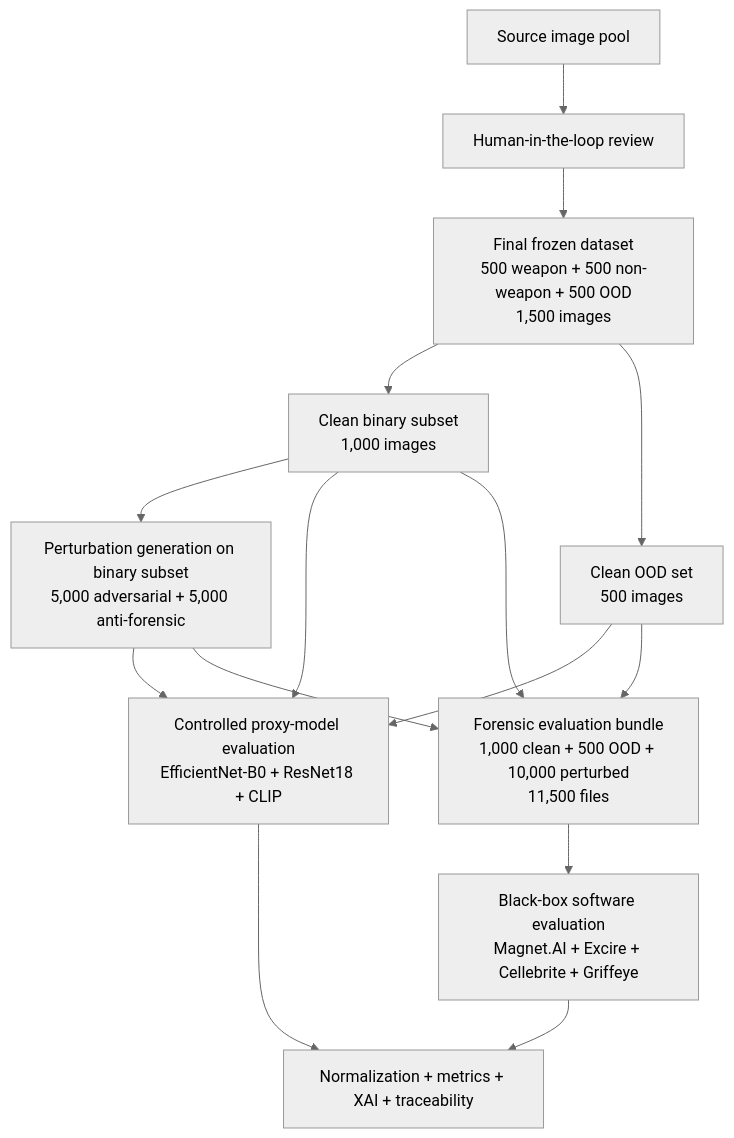
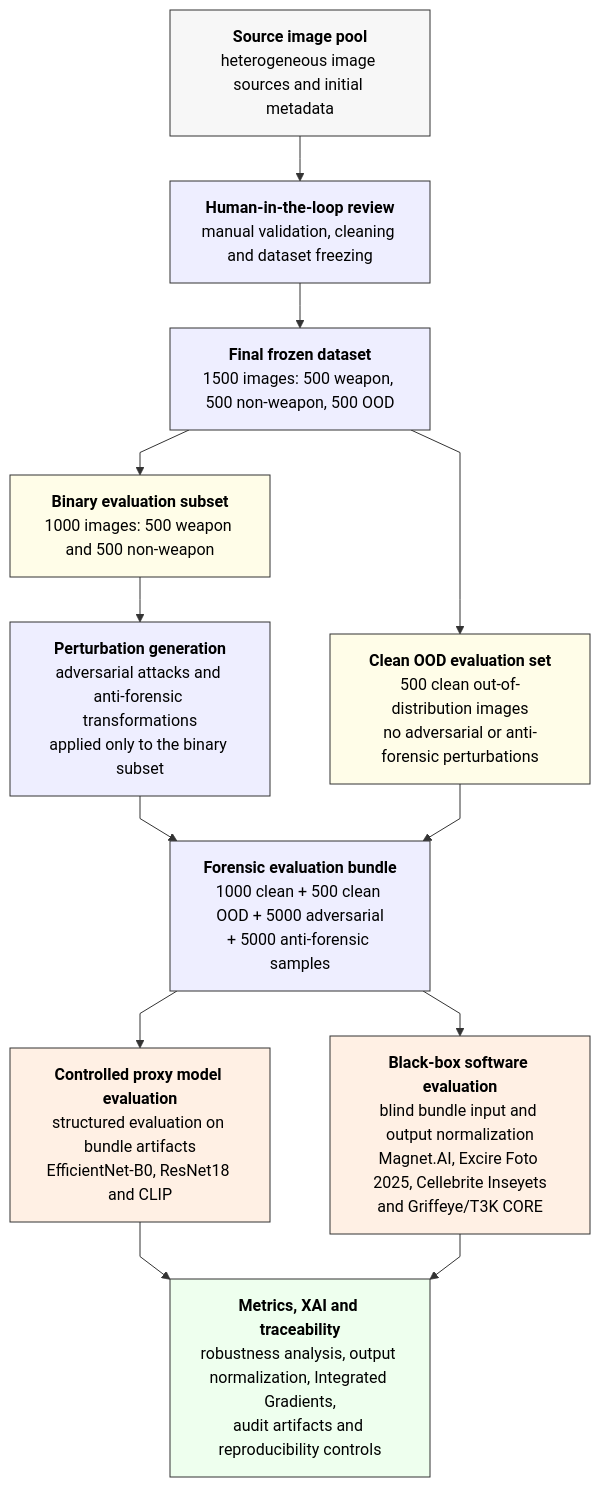
The diagram in README.md (lmolinario/msc-thesis-ai-robustness-in-digital-forensics), drawn with Mermaid (neutral theme) before and after one commit. The commit also changed other lines of this file, not shown here.

Commit message:
update flowchart

````diff
--- a/README.md
+++ b/README.md
@@ -61,32 +61,62 @@
 ```mermaid
+%%{init: {
+  "flowchart": {
+    "curve": "linear",
+    "nodeSpacing": 60,
+    "rankSpacing": 45
+  }
+}}%%
+
 flowchart TD
-    A[Source image pool]
-    B[Human-in-the-loop review]
-    C[Final frozen dataset<br/>500 weapon + 500 non-weapon + 500 OOD<br/>1,500 images]
 
-    D[Clean binary subset<br/>1,000 images]
-    E[Clean OOD set<br/>500 images]
-    F[Perturbation generation on binary subset<br/>5,000 adversarial + 5,000 anti-forensic]
+    A["<b>Source image pool</b><br/>heterogeneous image sources and initial metadata"]
 
-    G[Controlled proxy-model evaluation<br/>EfficientNet-B0 + ResNet18 + CLIP]
-    H[Forensic evaluation bundle<br/>1,000 clean + 500 OOD + 10,000 perturbed<br/>11,500 files]
-    I[Black-box software evaluation<br/>Magnet.AI + Excire + Cellebrite + Griffeye]
-    J[Normalization + metrics + XAI + traceability]
+    B["<b>Human-in-the-loop review</b><br/>manual validation, cleaning and dataset freezing"]
 
-    A --> B --> C
+    C["<b>Final frozen dataset</b><br/>1500 images: 500 weapon, 500 non-weapon, 500 OOD"]
+
+    D["<b>Binary evaluation subset</b><br/>1000 images: 500 weapon and 500 non-weapon"]
+
+    E["<b>Clean OOD evaluation set</b><br/>500 clean out-of-distribution images<br/>no adversarial or anti-forensic perturbations"]
+
+    F["<b>Perturbation generation</b><br/>adversarial attacks and anti-forensic transformations<br/>applied only to the binary subset"]
+
+    H["<b>Forensic evaluation bundle</b><br/>1000 clean + 500 clean OOD + 5000 adversarial<br/>+ 5000 anti-forensic samples"]
+
+    G["<b>Controlled proxy model evaluation</b><br/>structured evaluation on bundle artifacts<br/>EfficientNet-B0, ResNet18 and CLIP"]
+
+    I["<b>Black-box software evaluation</b><br/>blind bundle input and output normalization<br/>Magnet.AI, Excire Foto 2025, Cellebrite Inseyets<br/>and Griffeye/T3K CORE"]
+
+    J["<b>Metrics, XAI and traceability</b><br/>robustness analysis, output normalization, Integrated Gradients,<br/>audit artifacts and reproducibility controls"]
+
+    A --> B
+    B --> C
+
     C --> D
     C --> E
+
     D --> F
 
-    D --> G
-    E --> G
-    F --> G
+    F --> H
+    E --> H
 
-    D --> H
-    E --> H
-    F --> H
+    H --> G
     H --> I
 
     G --> J
     I --> J
+
+    classDef source fill:#f7f7f7,stroke:#333333,stroke-width:1px,color:#000000;
+    classDef process fill:#eeeeff,stroke:#333333,stroke-width:1px,color:#000000;
+    classDef subset fill:#fffde8,stroke:#333333,stroke-width:1px,color:#000000;
+    classDef evaluation fill:#fff0e4,stroke:#333333,stroke-width:1px,color:#000000;
+    classDef output fill:#eeffee,stroke:#333333,stroke-width:1px,color:#000000;
+
+    class A source;
+    class B,C,F,H process;
+    class D,E subset;
+    class G,I evaluation;
+    class J output;
+
+    linkStyle default stroke:#333333,stroke-width:1px;
 ```
````
